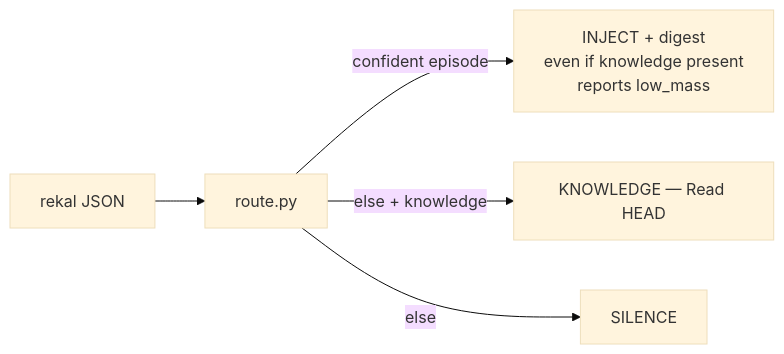
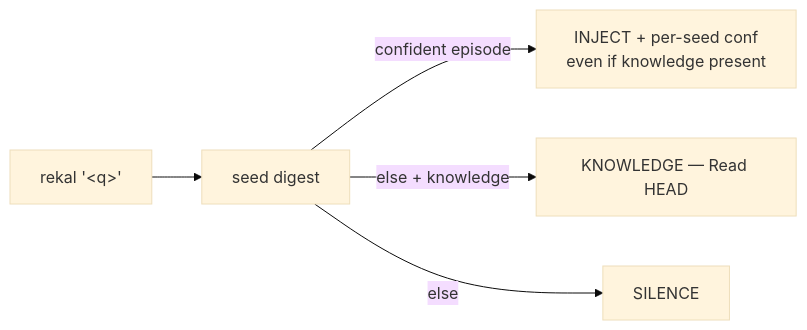
One commit to rekal-dev/rekal-cli changed the third of 3 diagrams in README.md. Above: the diagram before and after it, drawn with Mermaid (base theme). The commit also changed other lines of this file, not shown here.

````diff
--- a/README.md
+++ b/README.md
@@ -288,7 +325,7 @@
 ```mermaid
 flowchart LR
-    j["rekal JSON"] --> rt["route.py"]
-    rt -->|confident episode| i["INJECT + digest<br/>even if knowledge present<br/>reports low_mass"]
-    rt -->|else + knowledge| k["KNOWLEDGE — Read HEAD"]
-    rt -->|else| s["SILENCE"]
+    j["rekal '&lt;q&gt;'"] --> dg["seed digest"]
+    dg -->|confident episode| i["INJECT + per-seed conf<br/>even if knowledge present"]
+    dg -->|else + knowledge| k["KNOWLEDGE — Read HEAD"]
+    dg -->|else| s["SILENCE"]
 ```
````
